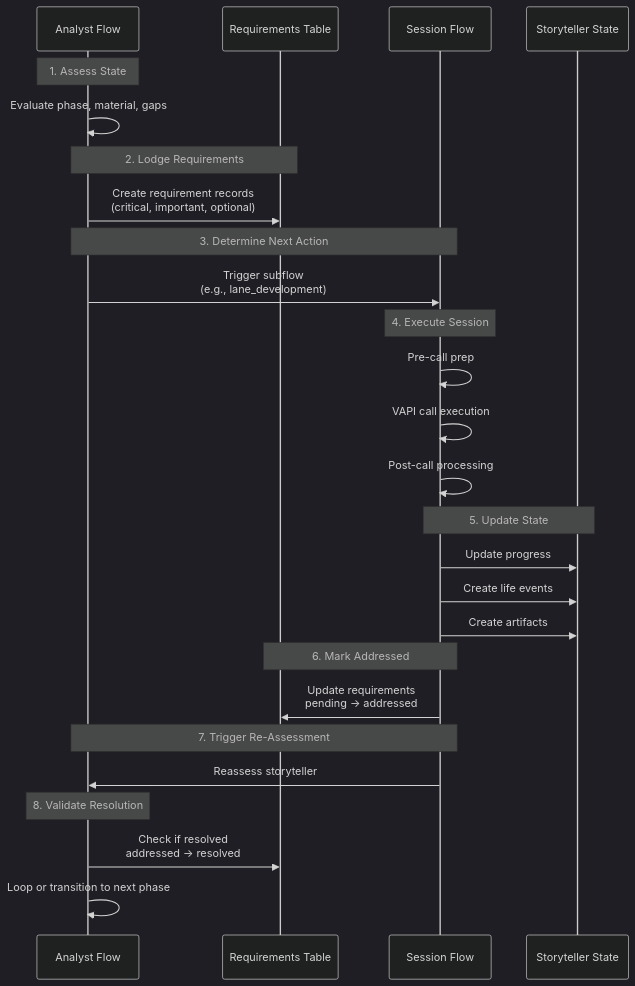
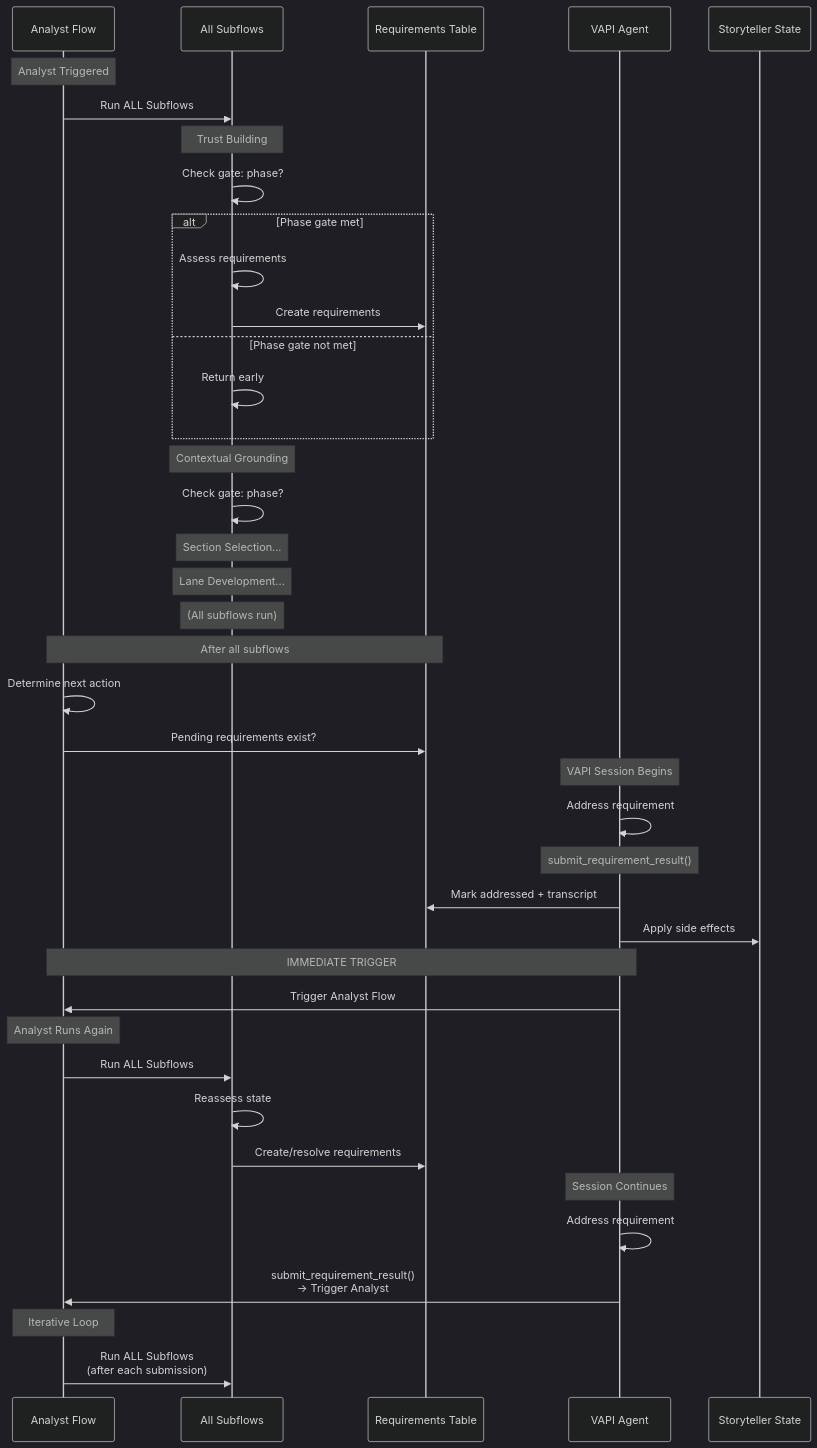
The fourth of 16 diagrams in ai_docs/context/workflows/flow_architecture_diagrams.md (J1Marcus/curling_pro), drawn with Mermaid (dark theme) before and after one commit. The commit also changed other lines of this file and 7 other files, not shown here.

Commit message:
fix: resolve merge conflict - keep VAPI vars without WEBHOOK_API_KEY since endpoint is public

````diff
--- a/ai_docs/context/workflows/flow_architecture_diagrams.md
+++ b/ai_docs/context/workflows/flow_architecture_diagrams.md
@@ -98,37 +212,52 @@
 ```mermaid
 sequenceDiagram
     participant A as Analyst Flow
+    participant SW as All Subflows
     participant RT as Requirements Table
-    participant SF as Session Flow
+    participant VAPI as VAPI Agent
     participant ST as Storyteller State
 
-    Note over A: 1. Assess State
-    A->>A: Evaluate phase, material, gaps
+    Note over A: Analyst Triggered
+    A->>SW: Run ALL Subflows
 
-    Note over A,RT: 2. Lodge Requirements
-    A->>RT: Create requirement records<br/>(critical, important, optional)
+    Note over SW: Trust Building
+    SW->>SW: Check gate: phase?
+    alt Phase gate met
+        SW->>SW: Assess requirements
+        SW->>RT: Create requirements
+    else Phase gate not met
+        SW->>SW: Return early
+    end
 
-    Note over A,SF: 3. Determine Next Action
-    A->>SF: Trigger subflow<br/>(e.g., lane_development)
+    Note over SW: Contextual Grounding
+    SW->>SW: Check gate: phase?
+    Note over SW: Section Selection...
+    Note over SW: Lane Development...
+    Note over SW: (All subflows run)
 
-    Note over SF: 4. Execute Session
-    SF->>SF: Pre-call prep
-    SF->>SF: VAPI call execution
-    SF->>SF: Post-call processing
+    Note over A,RT: After all subflows
+    A->>A: Determine next action
+    A->>RT: Pending requirements exist?
 
-    Note over SF,ST: 5. Update State
-    SF->>ST: Update progress
-    SF->>ST: Create life events
-    SF->>ST: Create artifacts
+    Note over VAPI: VAPI Session Begins
+    VAPI->>VAPI: Address requirement #1
 
-    Note over SF,RT: 6. Mark Addressed
-    SF->>RT: Update requirements<br/>pending → addressed
+    Note over VAPI: submit_requirement_result()
+    VAPI->>RT: Mark addressed + transcript
+    VAPI->>ST: Apply side effects
 
-    Note over SF,A: 7. Trigger Re-Assessment
-    SF->>A: Reassess storyteller
+    Note over VAPI,A: IMMEDIATE TRIGGER
+    VAPI->>A: Trigger Analyst Flow
 
-    Note over A: 8. Validate Resolution
-    A->>RT: Check if resolved<br/>addressed → resolved
+    Note over A: Analyst Runs Again
+    A->>SW: Run ALL Subflows
+    SW->>SW: Reassess state
+    SW->>RT: Create/resolve requirements
 
-    A->>A: Loop or transition to next phase
+    Note over VAPI: Session Continues
+    VAPI->>VAPI: Address requirement #2
+    VAPI->>A: submit_requirement_result()<br/>→ Trigger Analyst
+
+    Note over A: Iterative Loop
+    A->>SW: Run ALL Subflows<br/>(after each submission)
 ```
````
